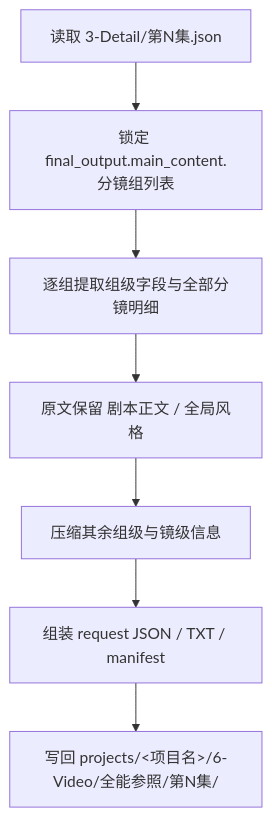
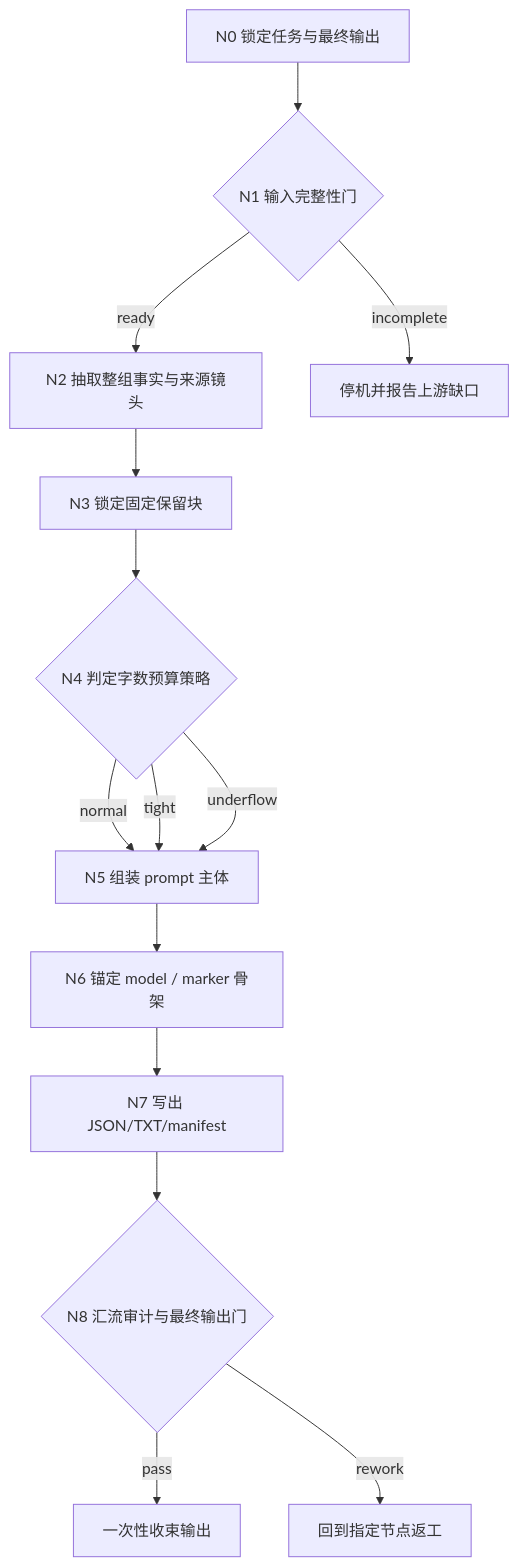
Before and after one commit to ZEN-VOID/AI-CUT: the first of 4 diagrams in .agents/skills/aigc/6-Video/1-提示词蒸馏/全能参照/SKILL.md, drawn with Mermaid. The commit also changed other lines of this file and 182 other files, not shown here.

````diff
--- a/.agents/skills/aigc/6-Video/1-提示词蒸馏/全能参照/SKILL.md
+++ b/.agents/skills/aigc/6-Video/1-提示词蒸馏/全能参照/SKILL.md
@@ -60,9 +142,16 @@
 ```mermaid
 flowchart TD
-    A["读取 3-Detail/第N集.json"] --> B["锁定 final_output.main_content.分镜组列表"]
-    B --> C["逐组提取组级字段与全部分镜明细"]
-    C --> D["原文保留 剧本正文 / 全局风格"]
-    D --> E["压缩其余组级与镜级信息"]
-    E --> F["组装 request JSON / TXT / manifest"]
-    F --> G["写回 projects/<项目名>/6-Video/全能参照/第N集/"]
+    N0["N0 锁定任务与最终输出"] --> N1{"N1 输入完整性门"}
+    N1 -->|"ready"| N2["N2 抽取整组事实与来源镜头"]
+    N1 -->|"incomplete"| X1["停机并报告上游缺口"]
+    N2 --> N3["N3 锁定固定保留块"]
+    N3 --> N4{"N4 判定字数预算策略"}
+    N4 -->|"normal"| N5["N5 组装 prompt 主体"]
+    N4 -->|"tight"| N5
+    N4 -->|"underflow"| N5
+    N5 --> N6["N6 锚定 model / marker 骨架"]
+    N6 --> N7["N7 写出 JSON/TXT/manifest"]
+    N7 --> N8{"N8 汇流审计与最终输出门"}
+    N8 -->|"pass"| O1["一次性收束输出"]
+    N8 -->|"rework"| R1["回到指定节点返工"]
 ```
````
